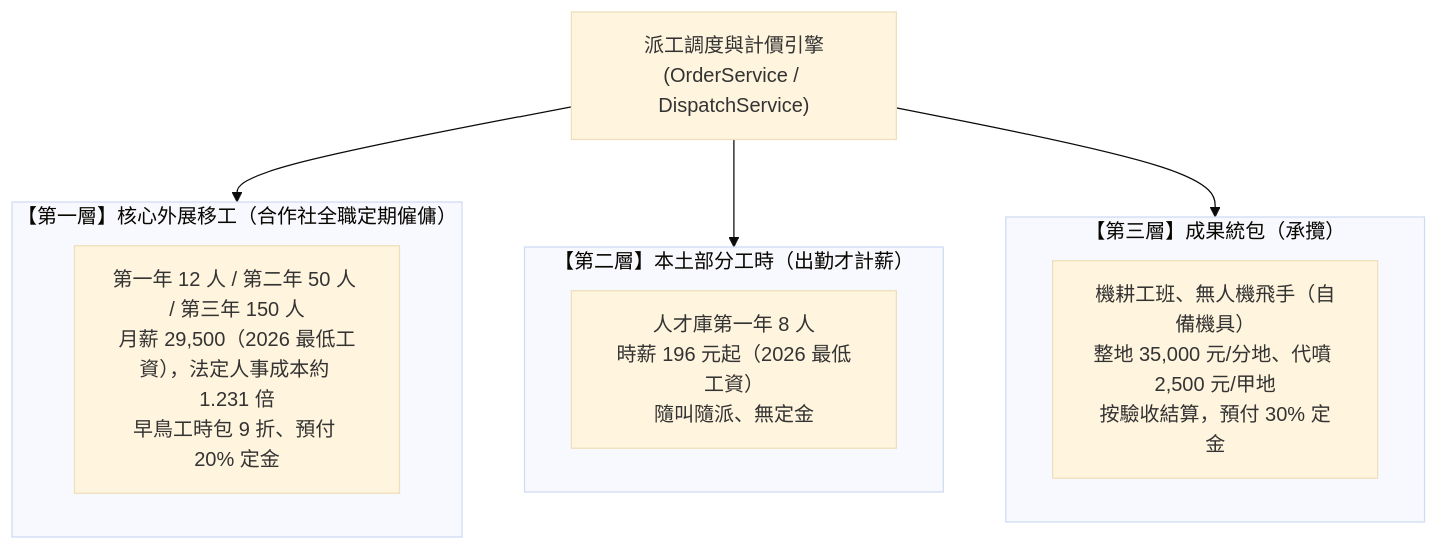
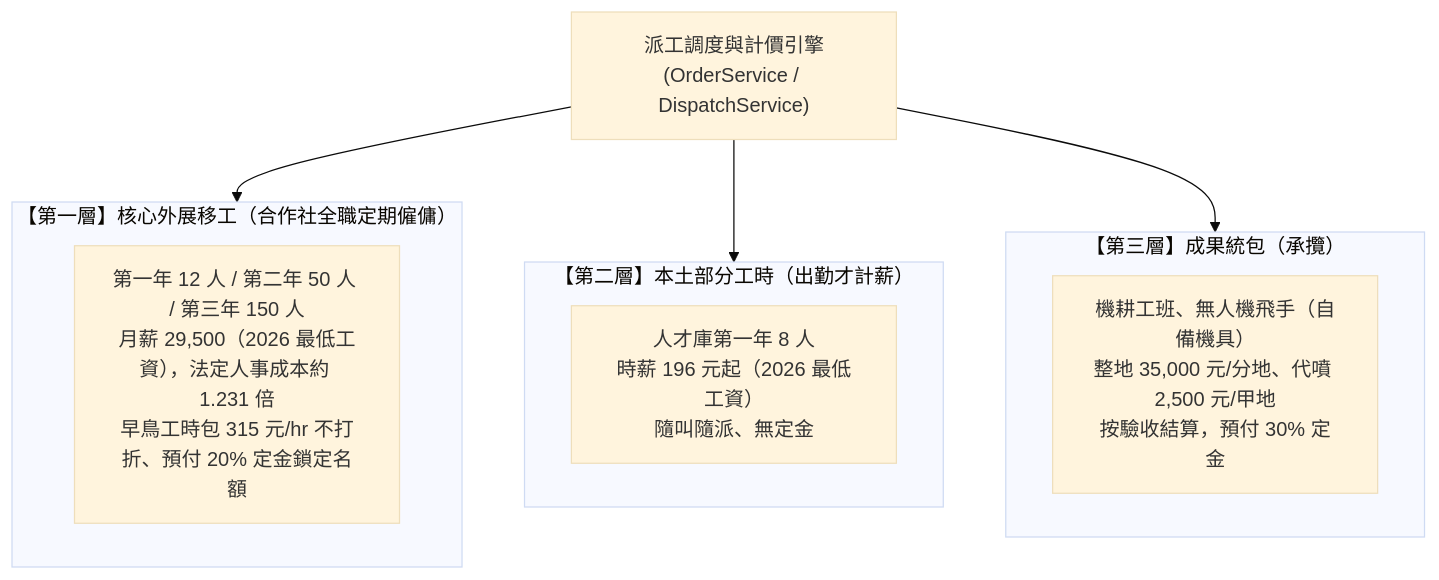
One commit to xx8888x/agridispatch changed the first of 5 diagrams in 07_系統分析及文件/01_系統分析與架構設計規格書.md. Above: the diagram before and after it, drawn with Mermaid (base theme). The commit also changed other lines of this file and 3 other files, not shown here.

Commit message:
Docs(系統): 規格書與 ERD 的 early_bird 改為 315 元/hr 不打折

````diff
--- a/07_系統分析及文件/01_系統分析與架構設計規格書.md
+++ b/07_系統分析及文件/01_系統分析與架構設計規格書.md
@@ -28,15 +28,15 @@
 ```mermaid
 flowchart TD
     subgraph Tier1 ["【第一層】核心外展移工（合作社全職定期僱傭）"]
-        T1_Desc["第一年 12 人 / 第二年 50 人 / 第三年 150 人<br/>月薪 29,500（2026 最低工資），法定人事成本約 1.231 倍<br/>早鳥工時包 9 折、預付 20% 定金"]
+        T1_Desc["第一年 12 人 / 第二年 50 人 / 第三年 150 人<br/>月薪 29,500（2026 最低工資），法定人事成本約 1.231 倍<br/>早鳥工時包 315 元/hr 不打折、預付 20% 定金鎖定名額"]
     end
     subgraph Tier2 ["【第二層】本土部分工時（出勤才計薪）"]
         T2_Desc["人才庫第一年 8 人<br/>時薪 196 元起（2026 最低工資）<br/>隨叫隨派、無定金"]
     end
     subgraph Tier3 ["【第三層】成果統包（承攬）"]
         T3_Desc["機耕工班、無人機飛手（自備機具）<br/>整地 35,000 元/分地、代噴 2,500 元/甲地<br/>按驗收結算，預付 30% 定金"]
     end
     Engine["派工調度與計價引擎<br/>(OrderService / DispatchService)"] --> Tier1
     Engine --> Tier2
     Engine --> Tier3
 ```
````
